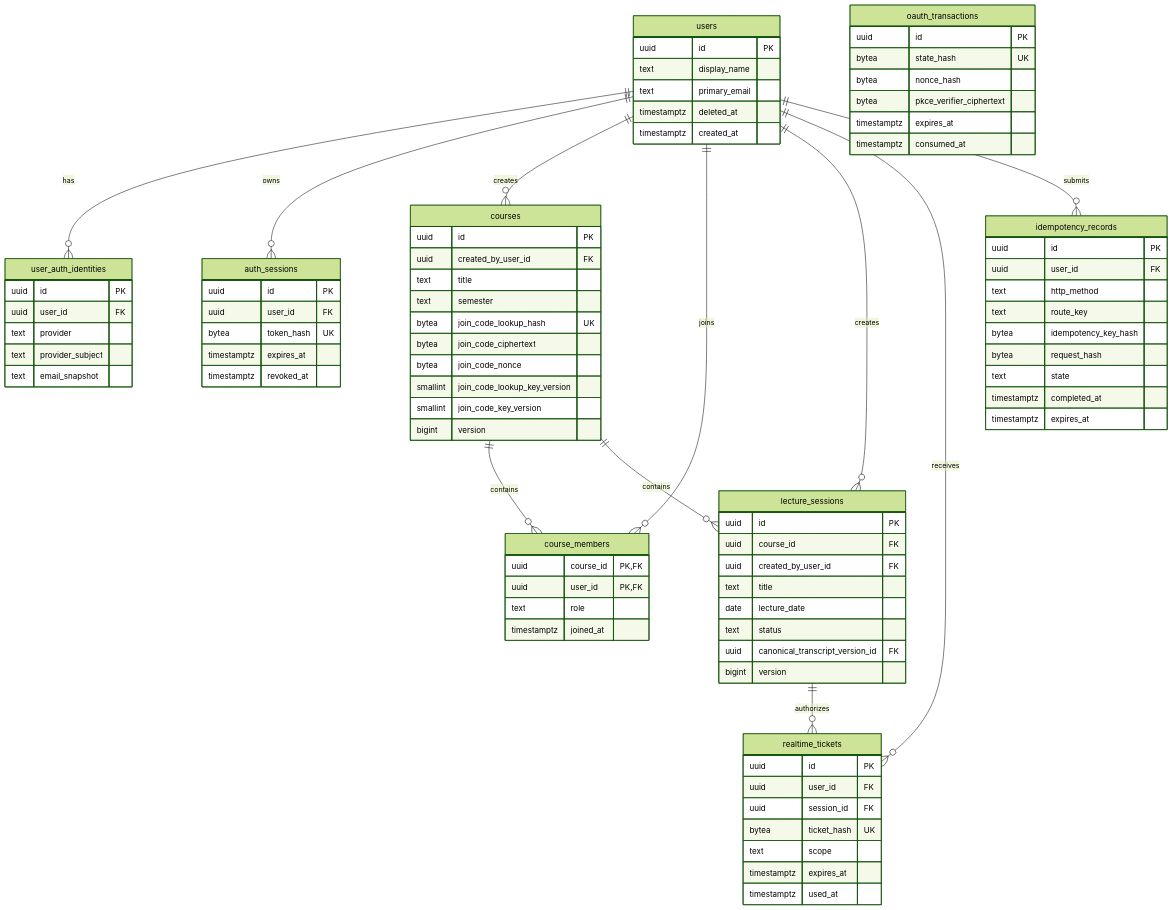
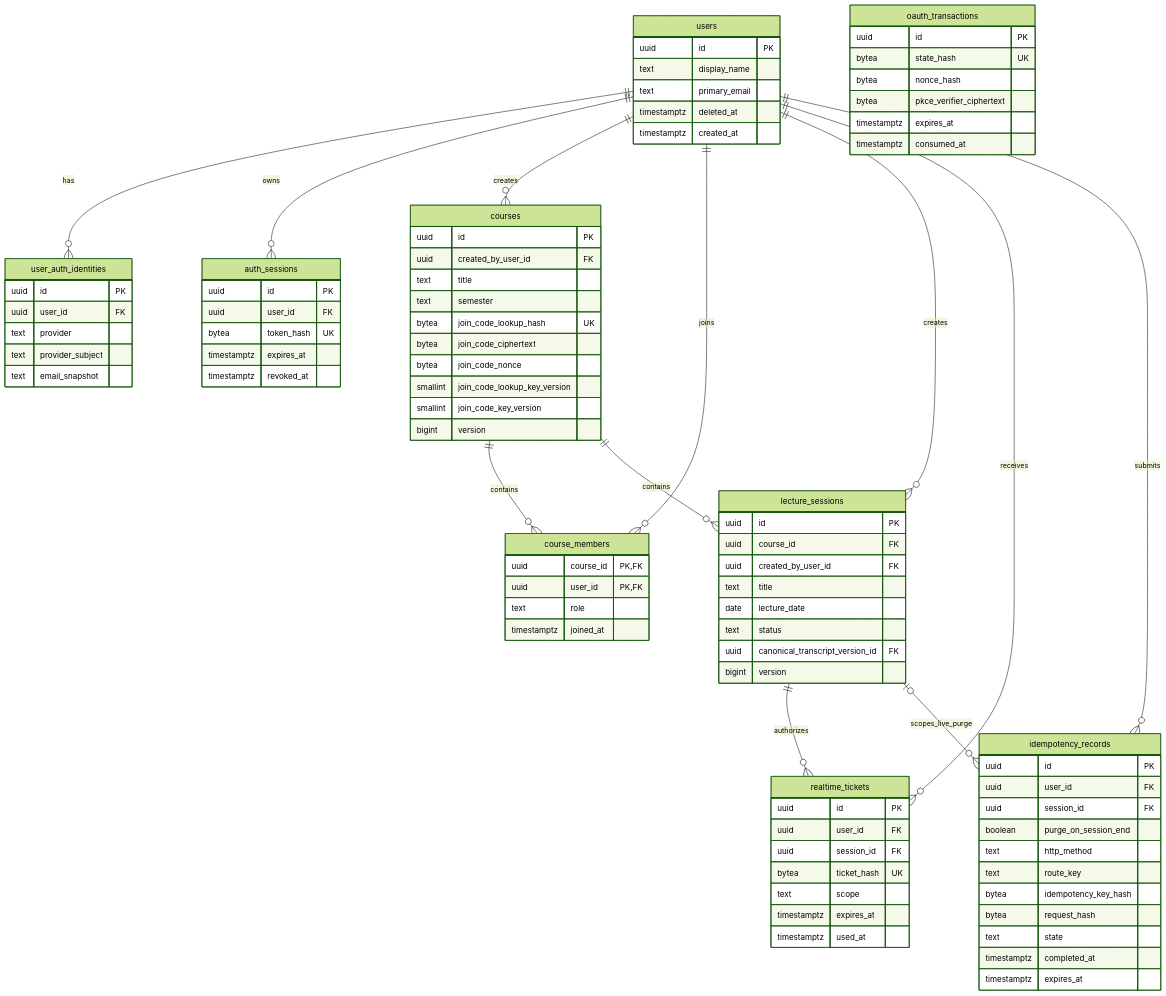
One commit to madcamp-official/26s-w2-c2-08 changed the first of 5 diagrams in docs/database/ERD.md. Above: the diagram before and after it, drawn with Mermaid (forest theme). The commit also changed other lines of this file and 1 other file, not shown here.

````diff
--- a/docs/database/ERD.md
+++ b/docs/database/ERD.md
@@ -102,6 +102,8 @@
     idempotencyRecords["idempotency_records"] {
         uuid id PK
         uuid user_id FK
+        uuid session_id FK
+        boolean purge_on_session_end
         text http_method
         text route_key
         bytea idempotency_key_hash
@@ -121,4 +123,5 @@
     users ||--o{ realtimeTickets : receives
     lectureSessions ||--o{ realtimeTickets : authorizes
     users ||--o{ idempotencyRecords : submits
+    lectureSessions o|--o{ idempotencyRecords : scopes_live_purge
 ```
````
